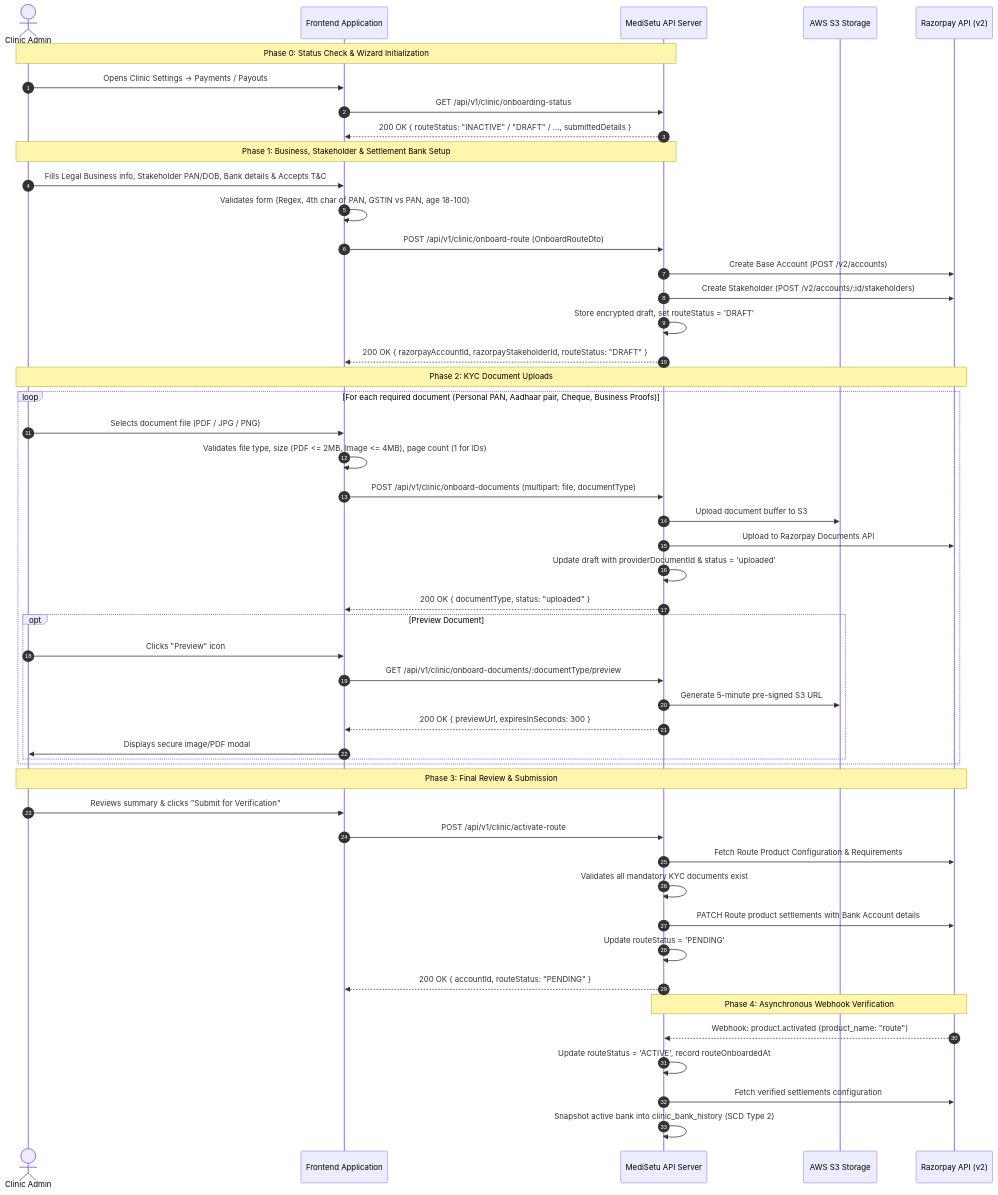
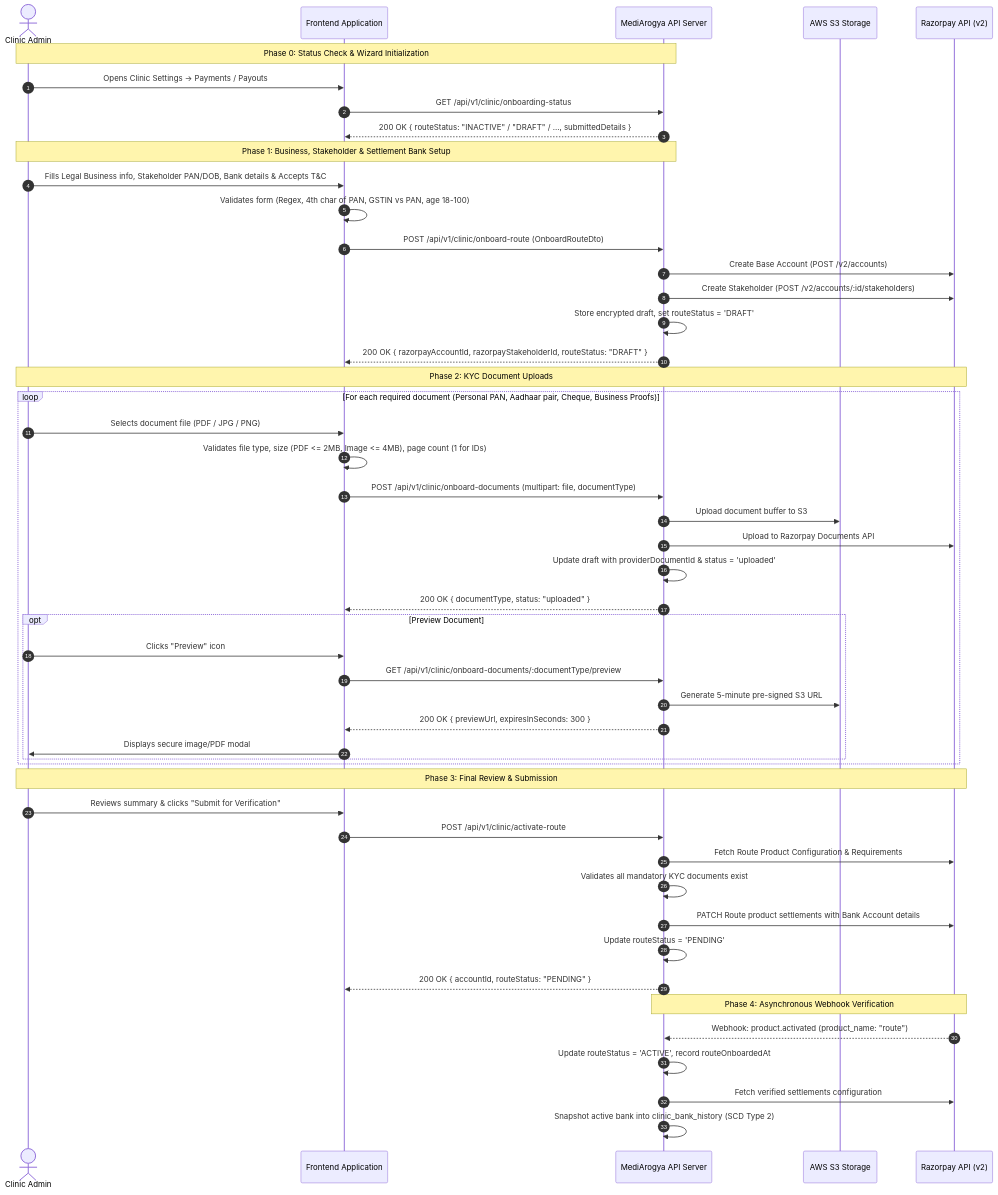
The second of 2 diagrams in docs/payments/CLINIC_LINKED_ACCOUNT_FRONTEND_INTEGRATION_GUIDE.md (Ajaybhadoria1993/medical-backend), drawn with Mermaid before and after one commit. The commit also changed other lines of this file and 45 other files, not shown here.

````diff
--- a/docs/payments/CLINIC_LINKED_ACCOUNT_FRONTEND_INTEGRATION_GUIDE.md
+++ b/docs/payments/CLINIC_LINKED_ACCOUNT_FRONTEND_INTEGRATION_GUIDE.md
@@ -66,62 +66,62 @@
 ```mermaid
 sequenceDiagram
     autonumber
     actor Admin as Clinic Admin
     participant FE as Frontend Application
-    participant BE as MediSetu API Server
+    participant BE as MediArogya API Server
     participant S3 as AWS S3 Storage
     participant RZP as Razorpay API (v2)
 
     %% Step 0: Check status
     Note over Admin, BE: Phase 0: Status Check & Wizard Initialization
     Admin->>FE: Opens Clinic Settings -> Payments / Payouts
     FE->>BE: GET /api/v1/clinic/onboarding-status
     BE-->>FE: 200 OK { routeStatus: "INACTIVE" / "DRAFT" / ..., submittedDetails }
     
     %% Step 1: Submit Details
     Note over Admin, BE: Phase 1: Business, Stakeholder & Settlement Bank Setup
     Admin->>FE: Fills Legal Business info, Stakeholder PAN/DOB, Bank details & Accepts T&C
     FE->>FE: Validates form (Regex, 4th char of PAN, GSTIN vs PAN, age 18-100)
     FE->>BE: POST /api/v1/clinic/onboard-route (OnboardRouteDto)
     BE->>RZP: Create Base Account (POST /v2/accounts)
     BE->>RZP: Create Stakeholder (POST /v2/accounts/:id/stakeholders)
     BE->>BE: Store encrypted draft, set routeStatus = 'DRAFT'
     BE-->>FE: 200 OK { razorpayAccountId, razorpayStakeholderId, routeStatus: "DRAFT" }
 
     %% Step 2: Upload Documents
     Note over Admin, RZP: Phase 2: KYC Document Uploads
     loop For each required document (Personal PAN, Aadhaar pair, Cheque, Business Proofs)
         Admin->>FE: Selects document file (PDF / JPG / PNG)
         FE->>FE: Validates file type, size (PDF <= 2MB, Image <= 4MB), page count (1 for IDs)
         FE->>BE: POST /api/v1/clinic/onboard-documents (multipart: file, documentType)
         BE->>S3: Upload document buffer to S3
         BE->>RZP: Upload to Razorpay Documents API
         BE->>BE: Update draft with providerDocumentId & status = 'uploaded'
         BE-->>FE: 200 OK { documentType, status: "uploaded" }
         
         opt Preview Document
             Admin->>FE: Clicks "Preview" icon
             FE->>BE: GET /api/v1/clinic/onboard-documents/:documentType/preview
             BE->>S3: Generate 5-minute pre-signed S3 URL
             BE-->>FE: 200 OK { previewUrl, expiresInSeconds: 300 }
             FE->>Admin: Displays secure image/PDF modal
         end
     end
 
     %% Step 3: Activation
     Note over Admin, RZP: Phase 3: Final Review & Submission
     Admin->>FE: Reviews summary & clicks "Submit for Verification"
     FE->>BE: POST /api/v1/clinic/activate-route
     BE->>RZP: Fetch Route Product Configuration & Requirements
     BE->>BE: Validates all mandatory KYC documents exist
     BE->>RZP: PATCH Route product settlements with Bank Account details
     BE->>BE: Update routeStatus = 'PENDING'
     BE-->>FE: 200 OK { accountId, routeStatus: "PENDING" }
 
     %% Phase 4: Async Verification
     Note over BE, RZP: Phase 4: Asynchronous Webhook Verification
     RZP-->>BE: Webhook: product.activated (product_name: "route")
     BE->>BE: Update routeStatus = 'ACTIVE', record routeOnboardedAt
     BE->>RZP: Fetch verified settlements configuration
     BE->>BE: Snapshot active bank into clinic_bank_history (SCD Type 2)
 ```
````
